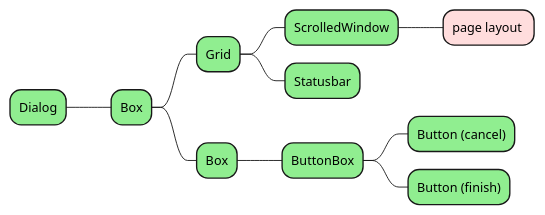
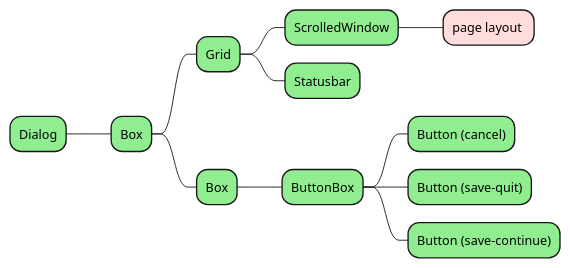
The first of 9 diagrams in docs/content-docs/setup/structures-gui.md (MARTIMM/question-answer), drawn with PlantUML before and after one commit. The commit also changed other lines of this file and 15 other files, not shown here.

````diff
--- a/docs/content-docs/setup/structures-gui.md
+++ b/docs/content-docs/setup/structures-gui.md
@@ -7,32 +7,33 @@
 ```plantuml
 @startmindmap
 scale 0.9
 <style>
 mindmapDiagram {
   node {
     BackgroundColor lightGreen
   }
 
   .rose {
     BackgroundColor #ffdddd
   }
 
   .gray {
     BackgroundColor #ffffff
     FontColor #aaaaaa
   }
 }
 </style>
 
 * Dialog
 ** Box
 *** Grid
 **** ScrolledWindow
 ***** page layout <<rose>>
 **** Statusbar
 *** Box
 **** ButtonBox
 ***** Button (cancel)
-***** Button (finish)
+***** Button (save-quit)
+***** Button (save-continue)
 @endmindmap
 ```
````
